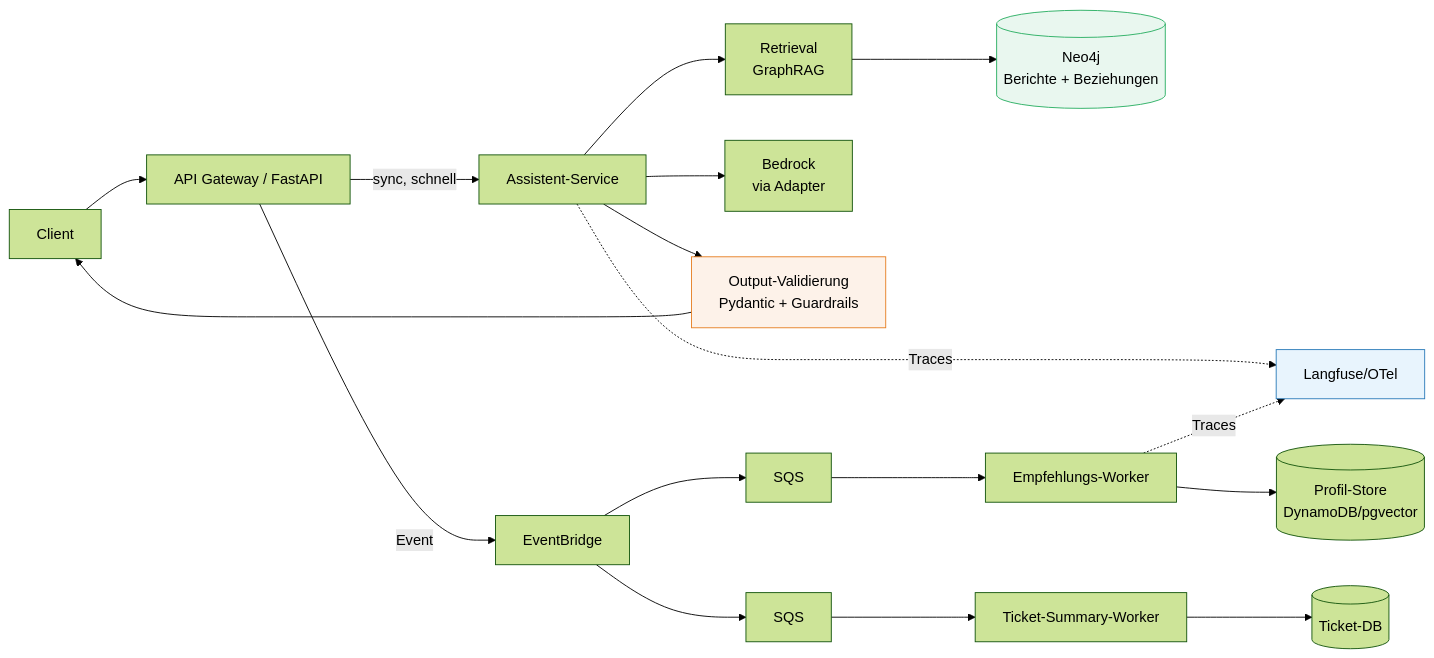
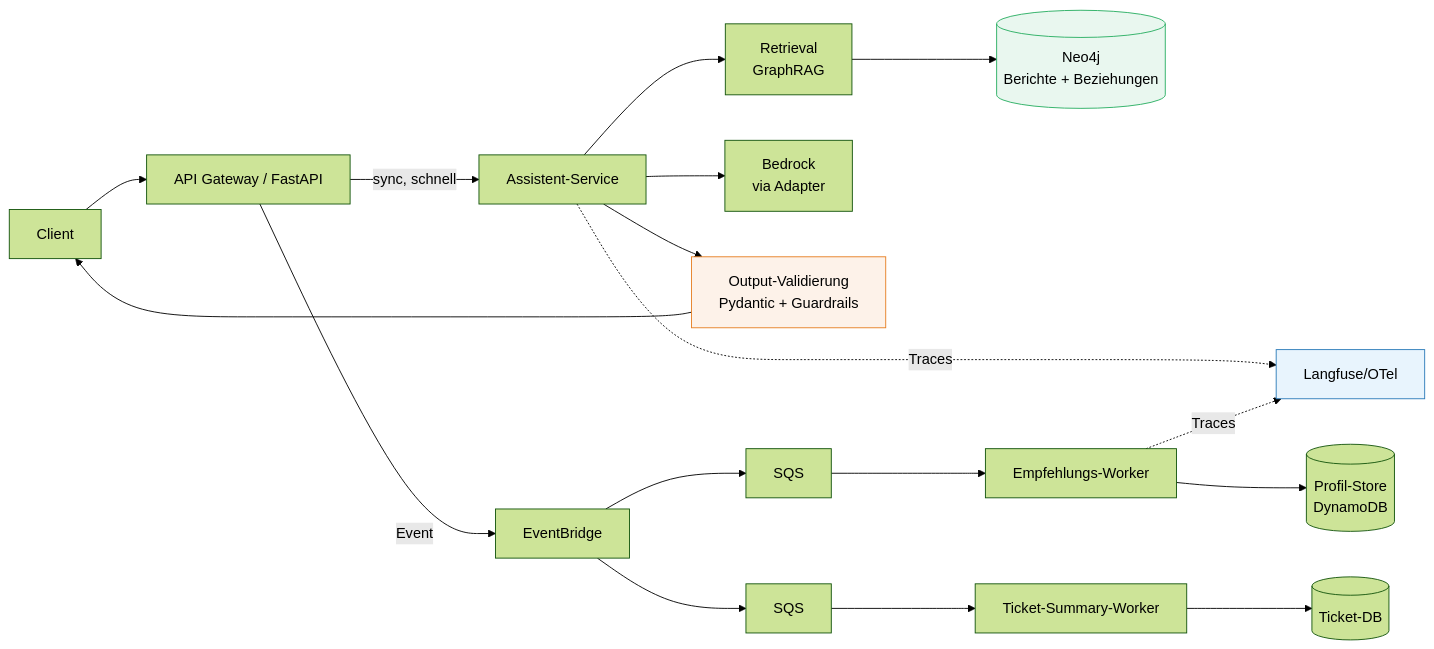
Before and after one commit to AndreyBulezyuk/Architecting_AI_Ready_Software: the diagram in tag-1/01-architektur-fuer-ki/loesung/musterloesung.md, drawn with Mermaid (forest theme). The commit also changed other lines of this file and 19 other files, not shown here.

````diff
--- a/tag-1/01-architektur-fuer-ki/loesung/musterloesung.md
+++ b/tag-1/01-architektur-fuer-ki/loesung/musterloesung.md
@@ -18,20 +18,20 @@
 ```mermaid
 flowchart LR
     C[Client] --> API[API Gateway / FastAPI]
     API -->|sync, schnell| QA[Assistent-Service]
     QA --> RET[Retrieval\nGraphRAG]
     RET --> KG[(Neo4j\nBerichte + Beziehungen)]
     QA --> LLM[Bedrock\nvia Adapter]
     QA --> VAL[Output-Validierung\nPydantic + Guardrails]
     VAL --> C
     API -->|Event| EB[EventBridge]
     EB --> SQ1[SQS] --> REC[Empfehlungs-Worker]
-    REC --> PROF[(Profil-Store\nDynamoDB/pgvector)]
+    REC --> PROF[(Profil-Store\nDynamoDB)]
     EB --> SQ2[SQS] --> SUM[Ticket-Summary-Worker]
     SUM --> TDB[(Ticket-DB)]
     QA -.Traces.-> OBS[Langfuse/OTel]
     REC -.Traces.-> OBS
     style VAL fill:#fdf2e9,stroke:#e67e22
     style OBS fill:#e8f4fd,stroke:#2b7bb9
     style KG fill:#e9f7ef,stroke:#27ae60
 ```
````
